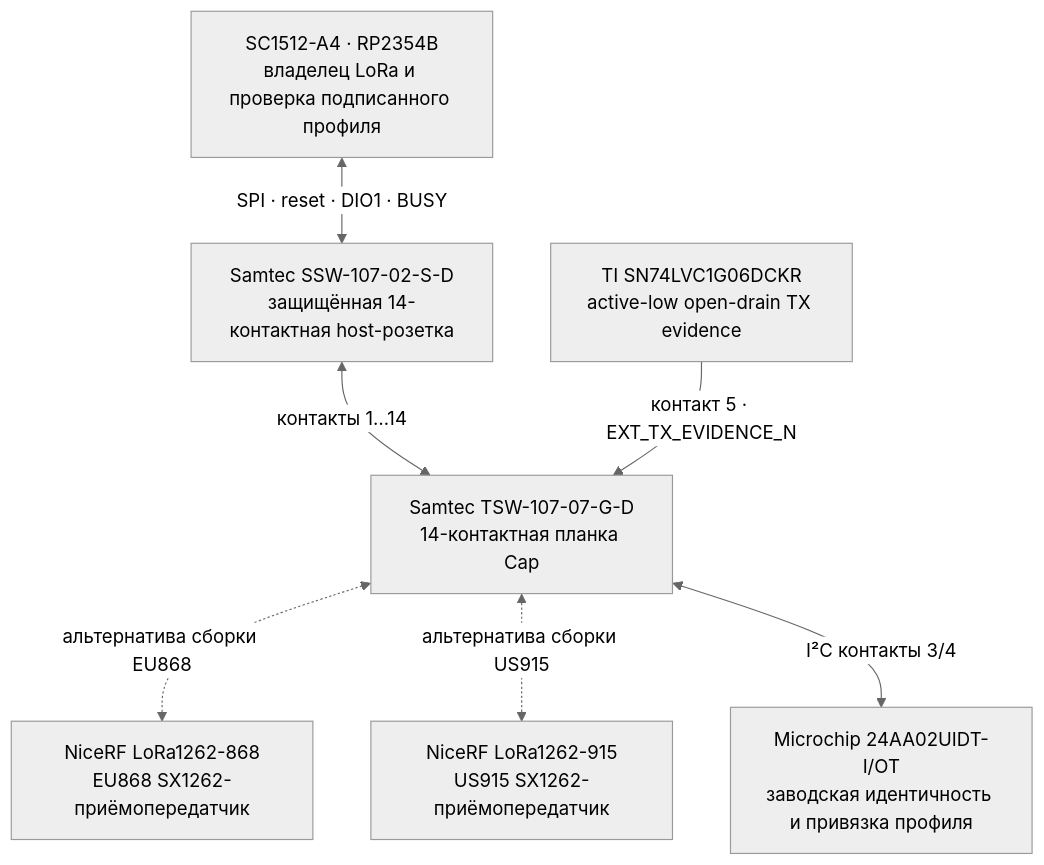
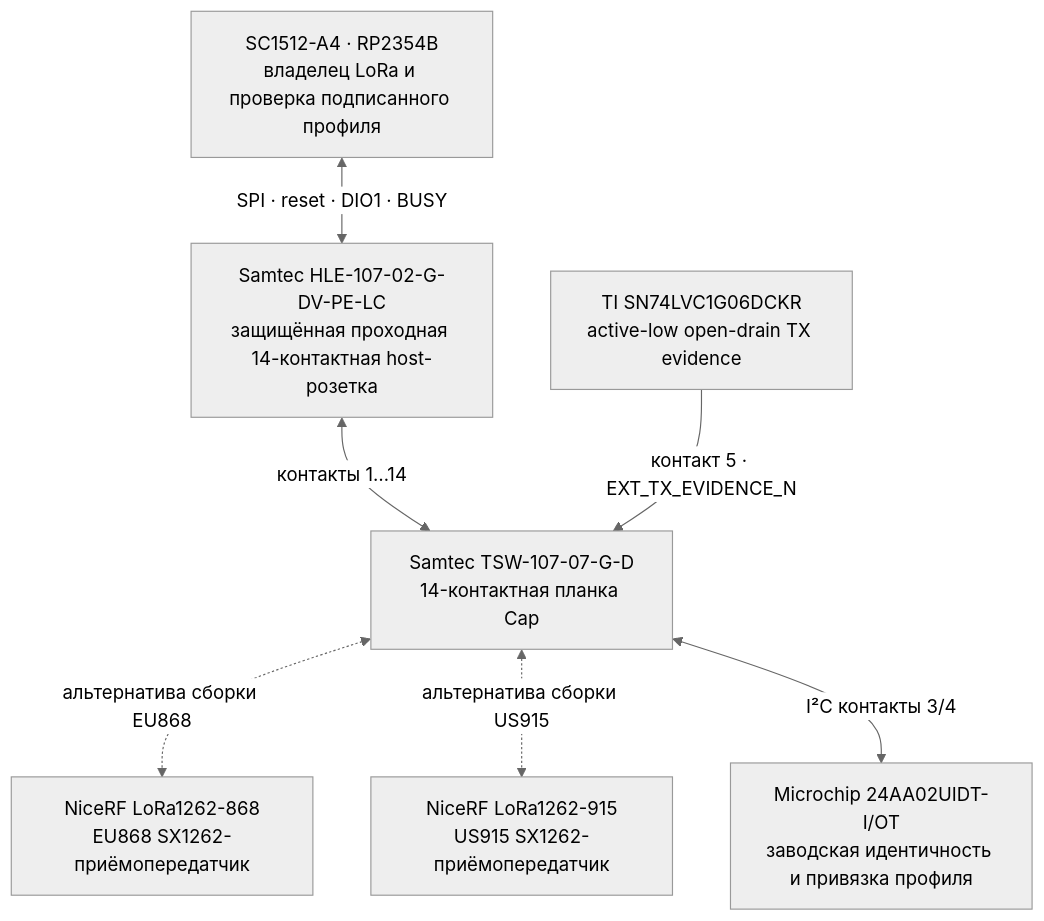
The first of 3 diagrams in docs/lora-cap.ru.md (anton-vinogradov/esp32-leshy2), drawn with Mermaid (neutral theme) before and after one commit. The commit also changed 26 other files, not shown here.

````diff
--- a/docs/lora-cap.ru.md
+++ b/docs/lora-cap.ru.md
@@ -27,16 +27,16 @@
 ```mermaid
 flowchart TB
   RP["SC1512-A4 · RP2354B<br/>владелец LoRa и проверка подписанного профиля"]
-  HOST["Samtec SSW-107-02-S-D<br/>защищённая 14-контактная host-розетка"]
+  HOST["Samtec HLE-107-02-G-DV-PE-LC<br/>защищённая проходная 14-контактная host-розетка"]
   PLUG["Samtec TSW-107-07-G-D<br/>14-контактная планка Cap"]
   RADIO_EU["NiceRF LoRa1262-868<br/>EU868 SX1262-приёмопередатчик"]
   RADIO_US["NiceRF LoRa1262-915<br/>US915 SX1262-приёмопередатчик"]
   UID["Microchip 24AA02UIDT-I/OT<br/>заводская идентичность и привязка профиля"]
   EVIDENCE["TI SN74LVC1G06DCKR<br/>active-low open-drain TX evidence"]
   RP <-->|"SPI · reset · DIO1 · BUSY"| HOST
   HOST <-->|"контакты 1…14"| PLUG
   PLUG <-.->|"альтернатива сборки EU868"| RADIO_EU
   PLUG <-.->|"альтернатива сборки US915"| RADIO_US
   PLUG <-->|"I²C контакты 3/4"| UID
   EVIDENCE -->|"контакт 5 · EXT_TX_EVIDENCE_N"| PLUG
 ```
````
